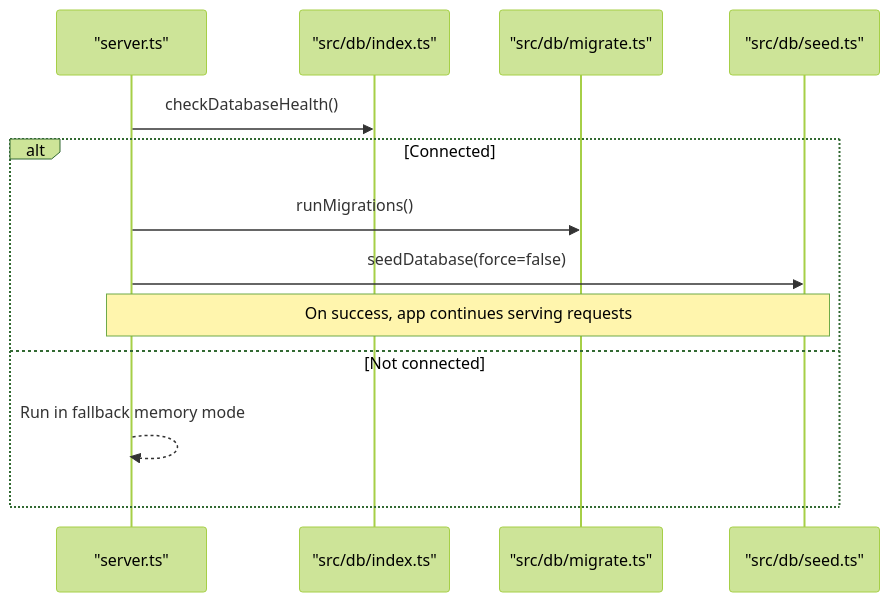
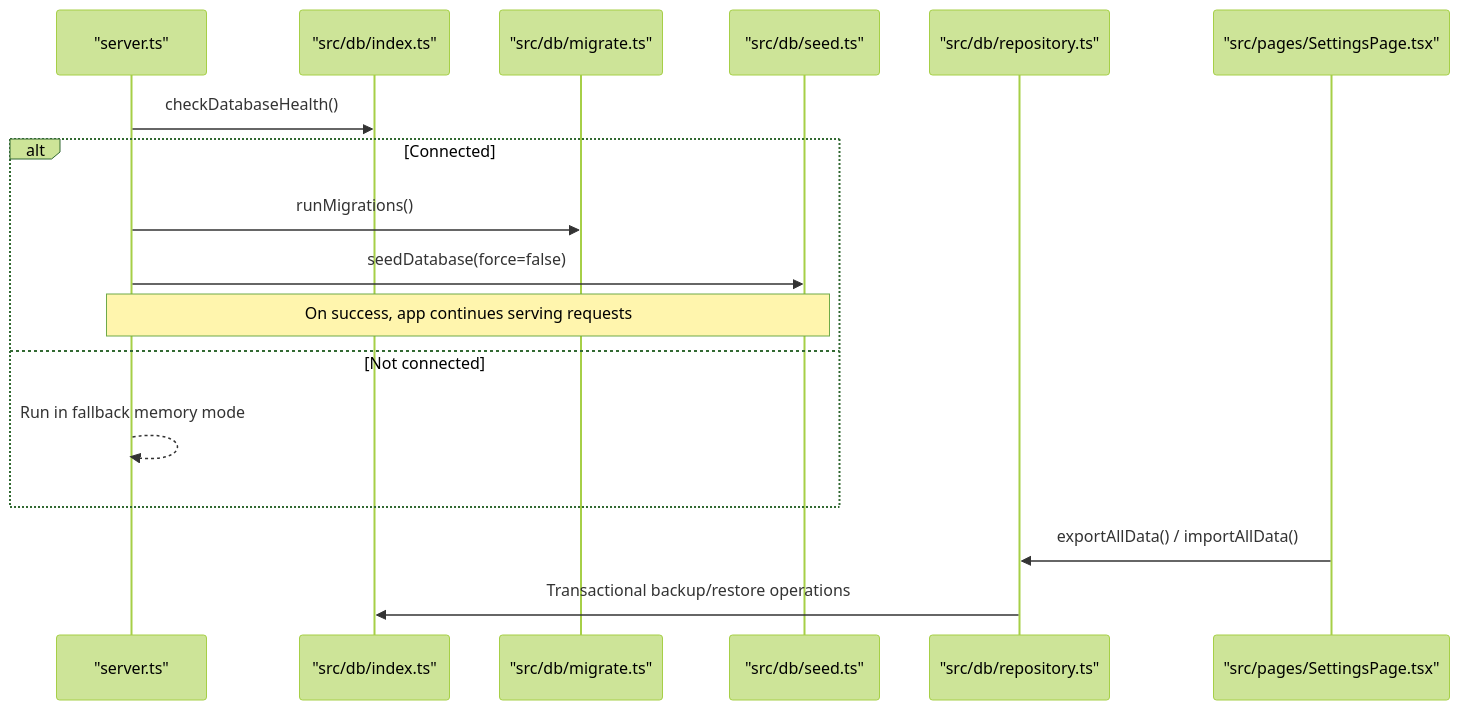
The second of 6 diagrams in .qoder/repowiki/en/content/System Architecture/Database Architecture/Migrations and Backup Procedures.md (djahasiel101600/archivehub), drawn with Mermaid (forest theme) before and after one commit. The commit also changed other lines of this file and 48 other files, not shown here.

````diff
--- a/.qoder/repowiki/en/content/System Architecture/Database Architecture/Migrations and Backup Procedures.md
+++ b/.qoder/repowiki/en/content/System Architecture/Database Architecture/Migrations and Backup Procedures.md
@@ -87,15 +102,19 @@
 ```mermaid
 sequenceDiagram
 participant App as "server.ts"
 participant DB as "src/db/index.ts"
 participant Mig as "src/db/migrate.ts"
 participant Seed as "src/db/seed.ts"
+participant Repo as "src/db/repository.ts"
+participant UI as "src/pages/SettingsPage.tsx"
 App->>DB : checkDatabaseHealth()
 alt Connected
 App->>Mig : runMigrations()
 App->>Seed : seedDatabase(force=false)
 Note over App,Seed : On success, app continues serving requests
 else Not connected
 App-->>App : Run in fallback memory mode
 end
+UI->>Repo : exportAllData() / importAllData()
+Repo->>DB : Transactional backup/restore operations
 ```
````
